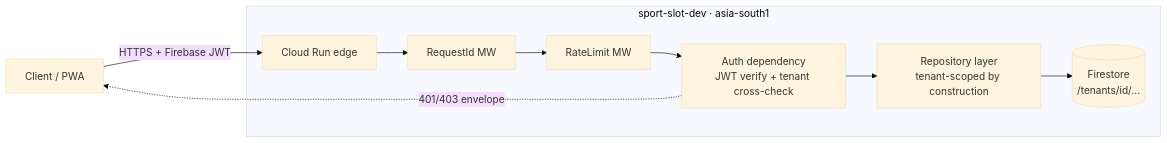
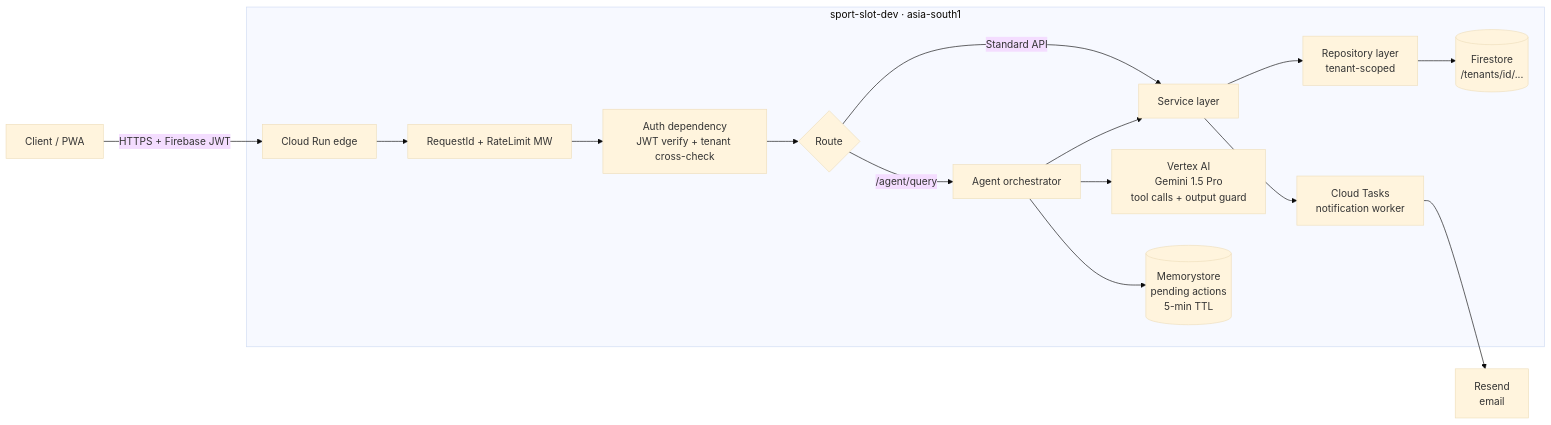
One commit to chandranakkalakunta/sport-slot-reservation changed the diagram in README.md. Above: the diagram before and after it, drawn with Mermaid (base theme). The commit also changed other lines of this file, not shown here.

````diff
--- a/README.md
+++ b/README.md
@@ -13,13 +62,19 @@
 ```mermaid
 flowchart LR
   C[Client / PWA] -->|HTTPS + Firebase JWT| E[Cloud Run edge]
-  E --> M1[RequestId MW]
-  M1 --> M2[RateLimit MW]
-  M2 --> A[Auth dependency<br/>JWT verify + tenant cross-check]
-  A --> R[Repository layer<br/>tenant-scoped by construction]
-  R --> F[(Firestore<br/>/tenants/id/...)]
-  A -.401/403 envelope.-> C
+  E --> M1[RequestId + RateLimit MW]
+  M1 --> A[Auth dependency<br/>JWT verify + tenant cross-check]
+  A --> R{Route}
+  R -->|Standard API| S[Service layer]
+  R -->|/agent/query| AG[Agent orchestrator]
+  AG --> V[Vertex AI<br/>Gemini 1.5 Pro<br/>tool calls + output guard]
+  AG --> RD[(Memorystore<br/>pending actions<br/>5-min TTL)]
+  AG --> S
+  S --> RP[Repository layer<br/>tenant-scoped]
+  RP --> F[(Firestore<br/>/tenants/id/...)]
+  S --> CT[Cloud Tasks<br/>notification worker]
+  CT --> RS[Resend<br/>email]
   subgraph GCP [sport-slot-dev · asia-south1]
-    E; M1; M2; A; R; F
+    E; M1; A; R; S; AG; V; RD; RP; F; CT
   end
 ```
````
